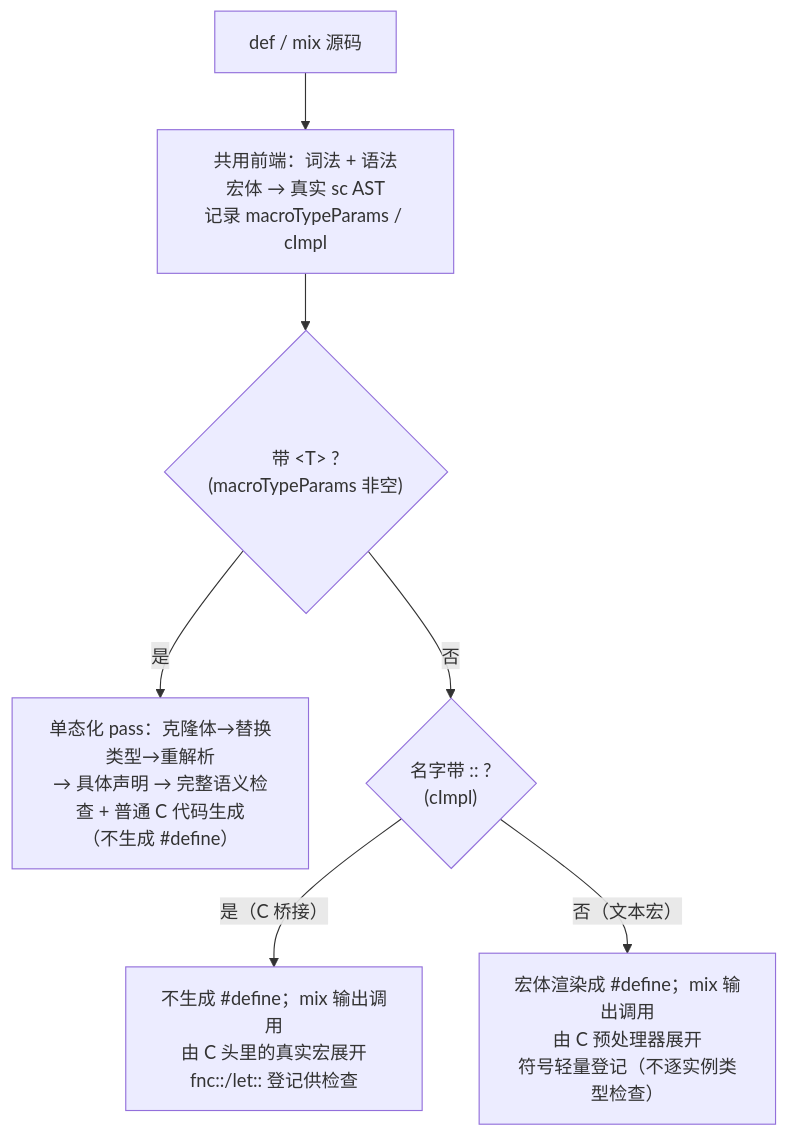
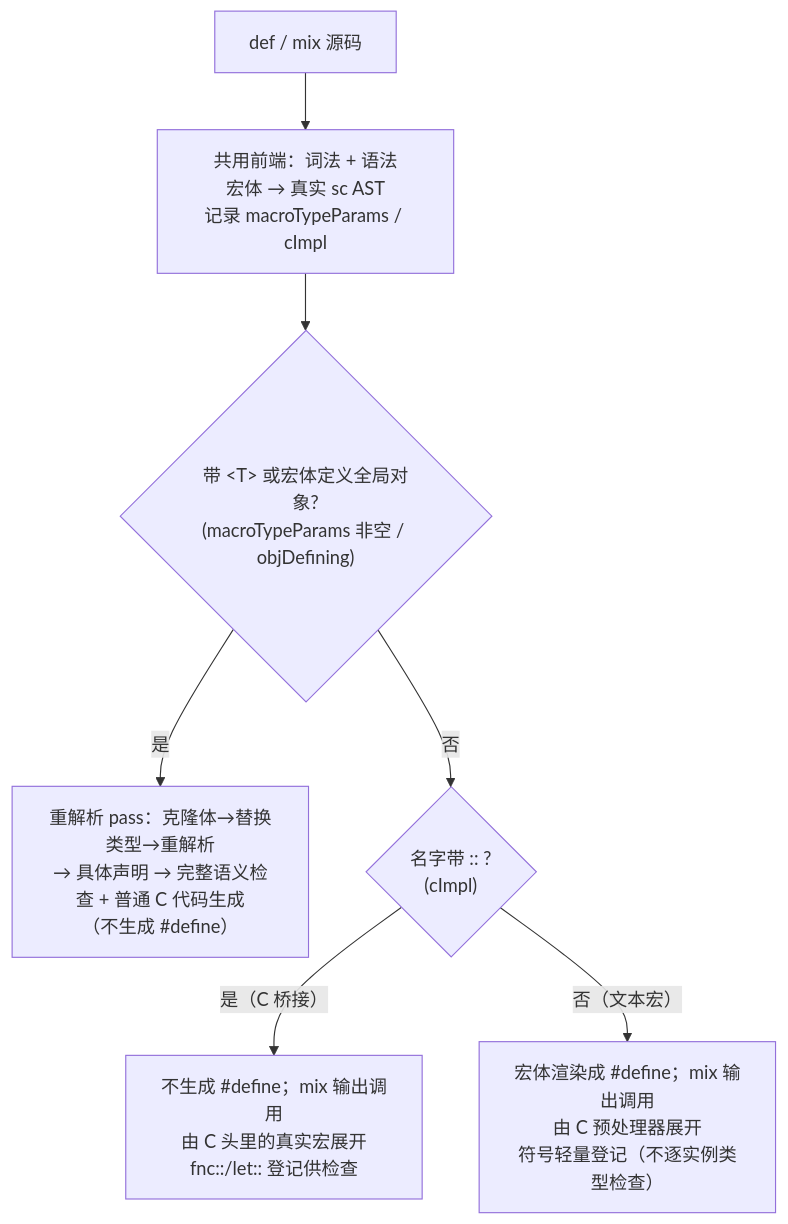
The diagram in syntax.md (wenpeng8019/sc), drawn with Mermaid before and after one commit. The commit also changed other lines of this file and 21 other files, not shown here.

````diff
--- a/syntax.md
+++ b/syntax.md
@@ -2592,9 +2617,9 @@
 ```mermaid
 flowchart TD
     A["def / mix 源码"] --> B["共用前端：词法 + 语法<br/>宏体 → 真实 sc AST<br/>记录 macroTypeParams / cImpl"]
-    B --> C{"带 &lt;T&gt; ?<br/>(macroTypeParams 非空)"}
-    C -- "是" --> D["单态化 pass：克隆体→替换类型→重解析<br/>→ 具体声明 → 完整语义检查 + 普通 C 代码生成<br/>（不生成 #define）"]
+    B --> C{"带 &lt;T&gt; 或宏体定义全局对象?<br/>(macroTypeParams 非空 / objDefining)"}
+    C -- "是" --> D["重解析 pass：克隆体→替换类型→重解析<br/>→ 具体声明 → 完整语义检查 + 普通 C 代码生成<br/>（不生成 #define）"]
     C -- "否" --> E{"名字带 :: ?<br/>(cImpl)"}
     E -- "是（C 桥接）" --> F["不生成 #define；mix 输出调用<br/>由 C 头里的真实宏展开<br/>fnc::/let:: 登记供检查"]
     E -- "否（文本宏）" --> G["宏体渲染成 #define；mix 输出调用<br/>由 C 预处理器展开<br/>符号轻量登记（不逐实例类型检查）"]
 ```
````
